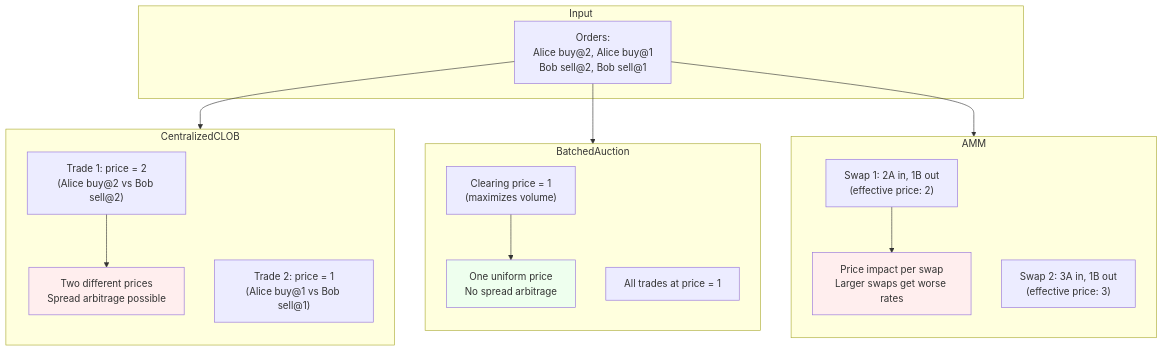
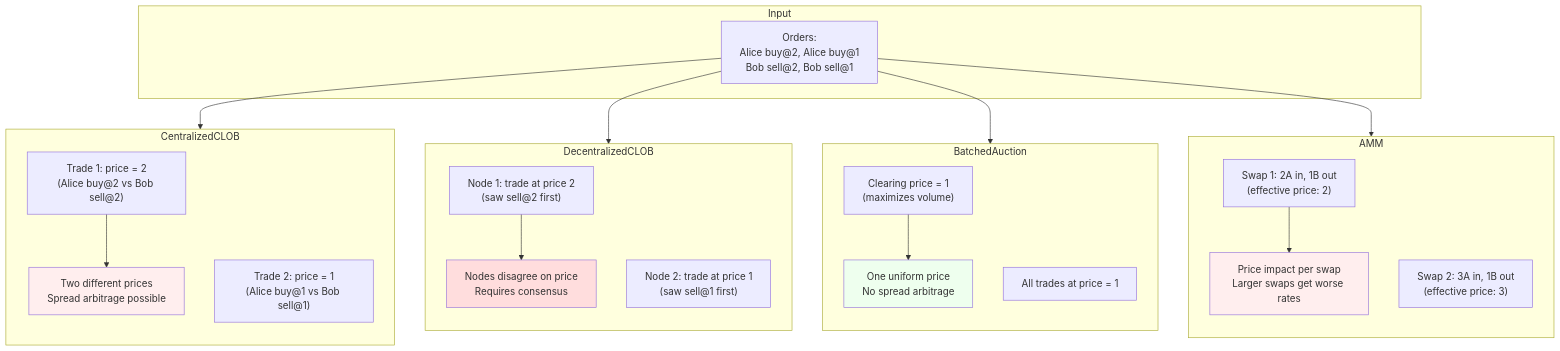
One commit to oxarbitrage/formal-market-mechanisms changed the fifth of 6 diagrams in README.md. Above: the diagram before and after it, drawn with Mermaid.

Commit message:
add DecentralizedCLOB to comparison diagram

````diff
--- a/README.md
+++ b/README.md
@@ -193,35 +193,44 @@
 ```mermaid
 graph TB
     subgraph Input
         O["Orders:<br/>Alice buy@2, Alice buy@1<br/>Bob sell@2, Bob sell@1"]
     end
 
     O --> CLOB
+    O --> DCLOB
     O --> Batch
     O --> AMM
 
     subgraph CLOB["CentralizedCLOB"]
         direction TB
         C1["Trade 1: price = 2<br/>(Alice buy@2 vs Bob sell@2)"]
         C2["Trade 2: price = 1<br/>(Alice buy@1 vs Bob sell@1)"]
         C1 --> CS["Two different prices<br/>Spread arbitrage possible"]
+    end
+
+    subgraph DCLOB["DecentralizedCLOB"]
+        direction TB
+        DN1["Node 1: trade at price 2<br/>(saw sell@2 first)"]
+        DN2["Node 2: trade at price 1<br/>(saw sell@1 first)"]
+        DN1 --> DS["Nodes disagree on price<br/>Requires consensus"]
     end
 
     subgraph Batch["BatchedAuction"]
         direction TB
         B1["Clearing price = 1<br/>(maximizes volume)"]
         B2["All trades at price = 1"]
         B1 --> BS["One uniform price<br/>No spread arbitrage"]
     end
 
     subgraph AMM["AMM"]
         direction TB
         A1["Swap 1: 2A in, 1B out<br/>(effective price: 2)"]
         A2["Swap 2: 3A in, 1B out<br/>(effective price: 3)"]
         A1 --> AS["Price impact per swap<br/>Larger swaps get worse rates"]
     end
 
     style CS fill:#fee
+    style DS fill:#fdd
     style BS fill:#efe
     style AS fill:#fee
 ```
````
